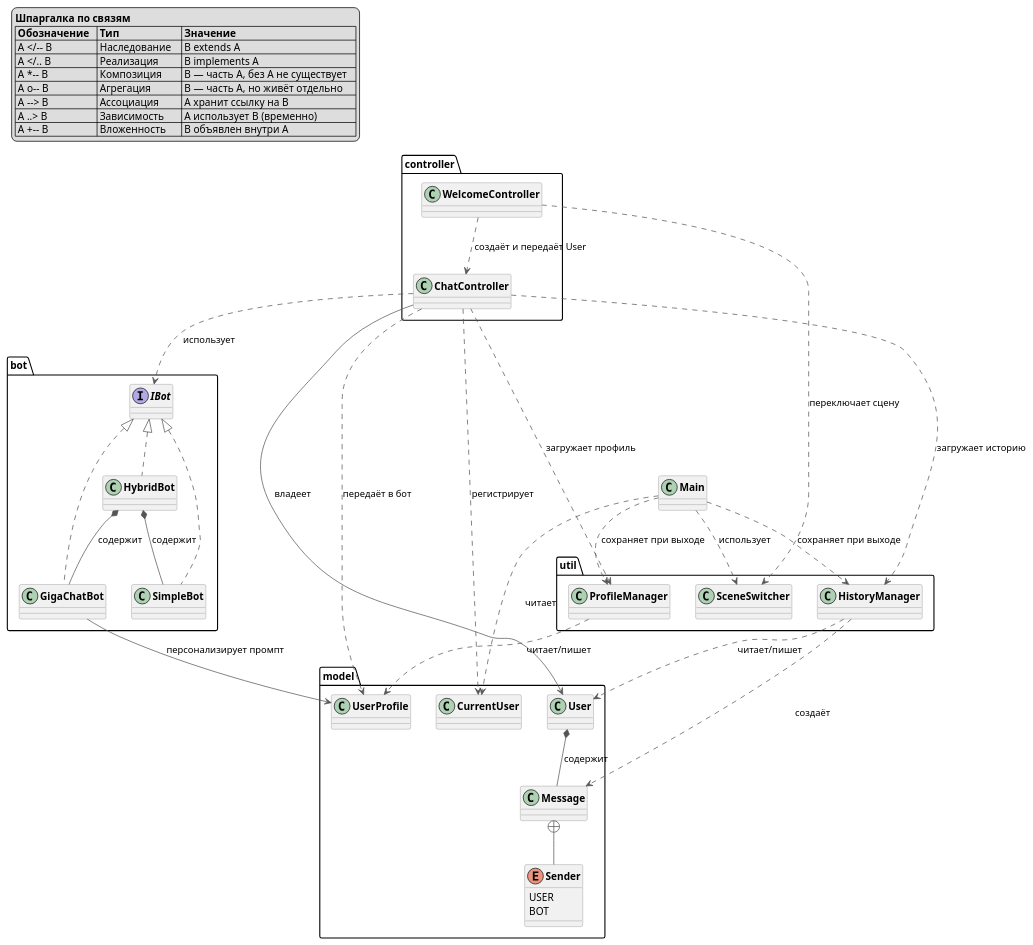
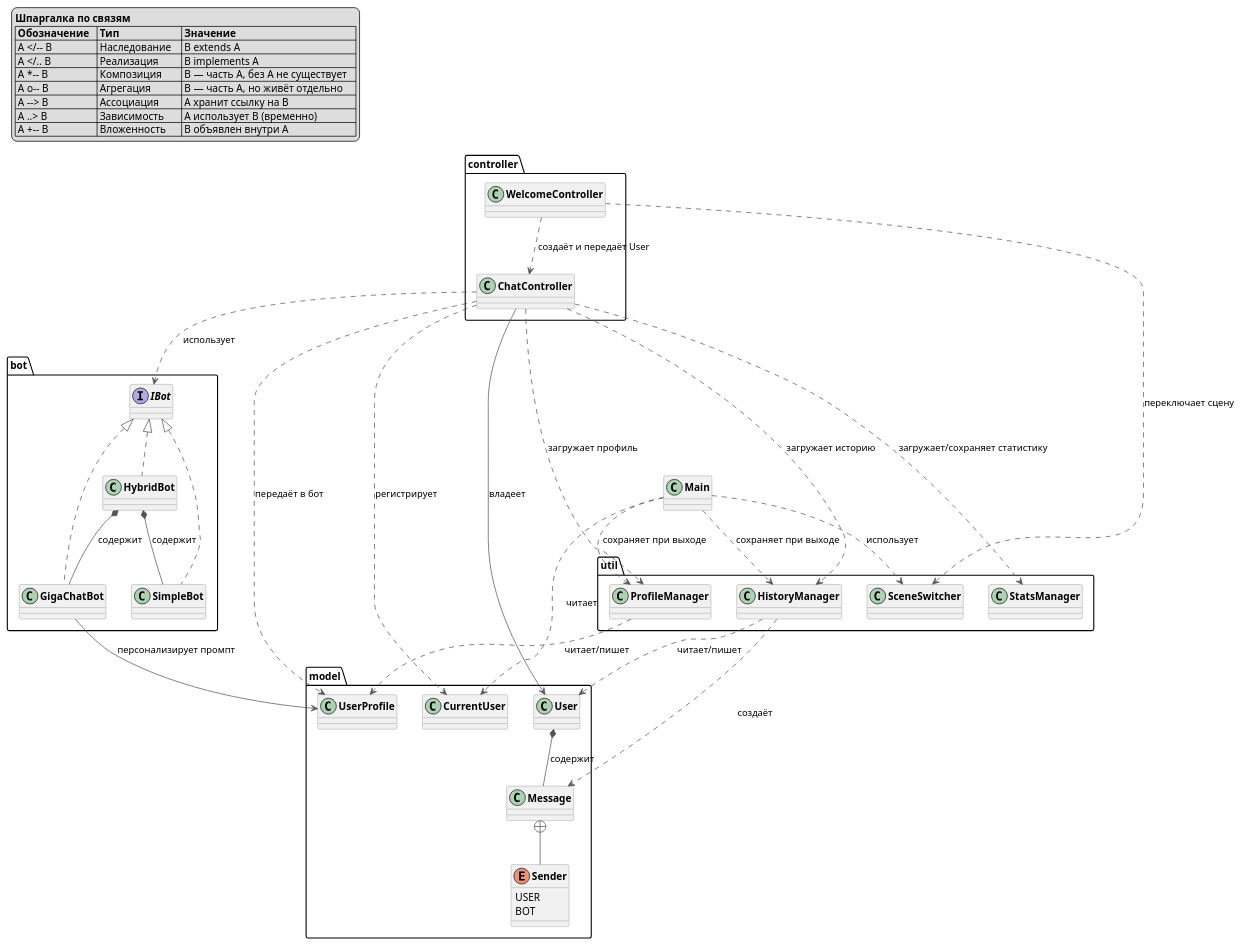
Before and after one commit to Ondosh/OOP-tasks: the diagram in new_tasks/2 task/puml.puml, drawn with PlantUML.

```diff
--- a/new_tasks/2 task/puml.puml
+++ b/new_tasks/2 task/puml.puml
@@ -2,86 +2,88 @@
 @startuml
 
 skinparam defaultFontName Arial
 skinparam classAttributeIconSize 0
 skinparam classFontStyle bold
 skinparam ArrowColor #555555
 skinparam ClassBorderColor #888888
 
 legend top left
   <b>Шпаргалка по связям</b>
   |= Обозначение   |= Тип            |= Значение                          |
   | A </-- B       | Наследование    | B extends A                        |
   | A </.. B       | Реализация      | B implements A                     |
   | A *-- B        | Композиция      | B — часть A, без A не существует   |
   | A o-- B        | Агрегация       | B — часть A, но живёт отдельно     |
   | A --> B        | Ассоциация      | A хранит ссылку на B               |
   | A ..> B        | Зависимость     | A использует B (временно)          |
   | A +-- B        | Вложенность     | B объявлен внутри A                |
 endlegend
 
 package "bot" {
     interface IBot
     class GigaChatBot
     class HybridBot
     class SimpleBot
 
     IBot <|.. GigaChatBot
     IBot <|.. HybridBot
     IBot <|.. SimpleBot
 
     HybridBot *-- GigaChatBot : содержит
     HybridBot *-- SimpleBot   : содержит
 }
 
 package "controller" {
     class ChatController
     class WelcomeController
 
     WelcomeController ..> ChatController : создаёт и передаёт User
 }
 
 package "model" {
     class User
     class Message
     class UserProfile
     class CurrentUser
 
     enum Sender {
         USER
         BOT
     }
 
     Message +-- Sender
     User    *-- Message : содержит
 }
 
 package "util" {
     class HistoryManager
     class ProfileManager
     class SceneSwitcher
+    class StatsManager
 }
 
 class Main
 
 Main ..> SceneSwitcher     : использует
 Main ..> HistoryManager    : сохраняет при выходе
 Main ..> ProfileManager    : сохраняет при выходе
 Main ..> CurrentUser       : читает
 
 ChatController ..> IBot           : использует
 ChatController  --> User          : владеет
 ChatController ..> UserProfile    : передаёт в бот
 ChatController ..> CurrentUser    : регистрирует
 ChatController ..> HistoryManager : загружает историю
 ChatController ..> ProfileManager : загружает профиль
 
 WelcomeController ..> SceneSwitcher : переключает сцену
 
 GigaChatBot --> UserProfile : персонализирует промпт
 
 HistoryManager ..> User    : читает/пишет
 HistoryManager ..> Message : создаёт
 
 ProfileManager ..> UserProfile : читает/пишет
 
+ChatController ..> StatsManager : загружает/сохраняет статистику
 @enduml
```
